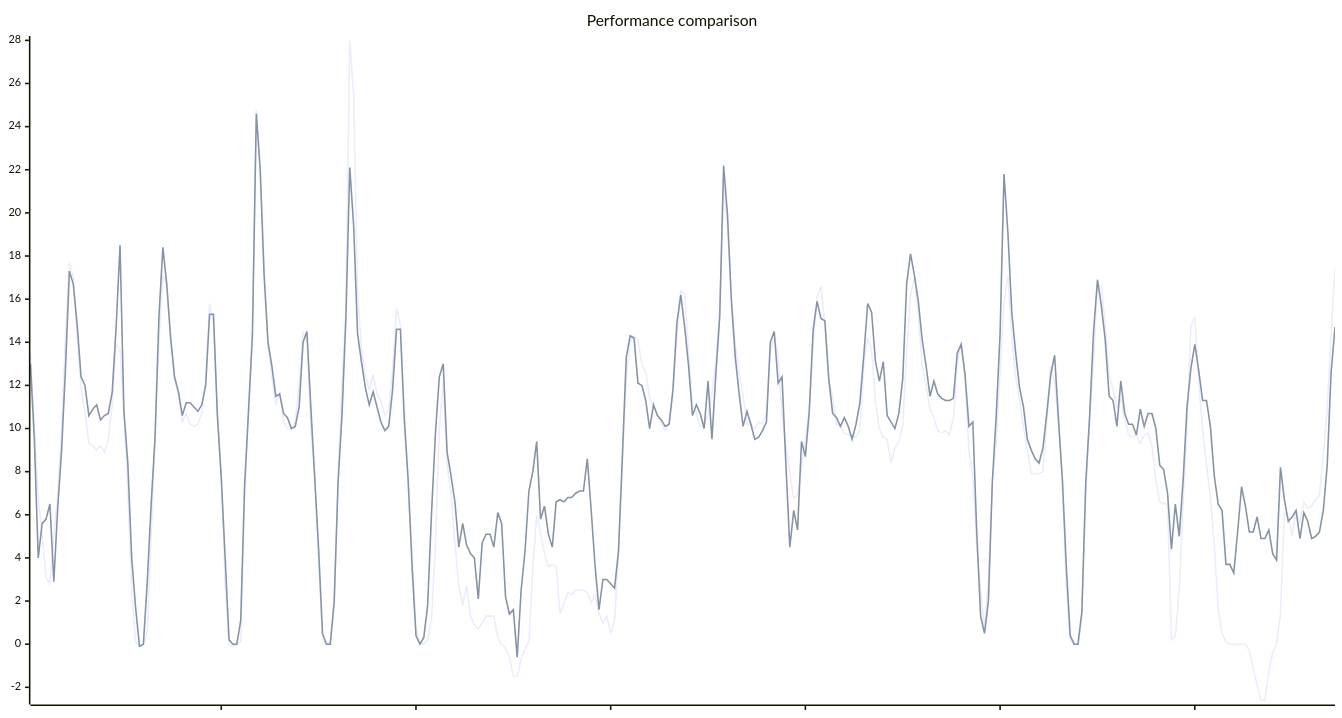
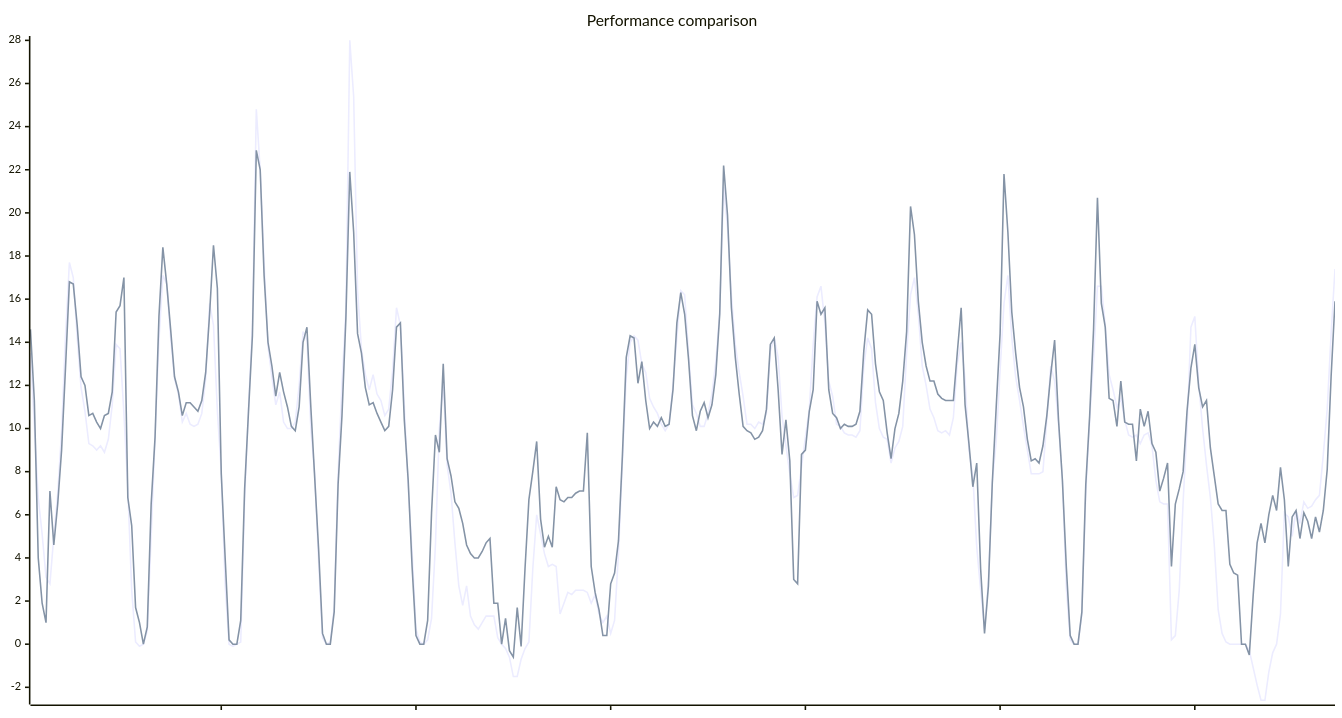
Before and after one commit to hchris1/EpexPredictor: the diagram in README.md, drawn with Mermaid. The commit also changed other lines of this file and 3 other files, not shown here.

````diff
--- a/README.md
+++ b/README.md
@@ -63,15 +63,15 @@
 ```mermaid
 ---
 config:
     xyChart:
         width: 1700
         height: 900
         plotReservedSpacePercent: 80
         xAxis:
             showLabel: false
 ---
 xychart-beta
     title "Performance comparison"
     line [13.5,10.1,6.8,5.1,3.1,2.8,5.0,7.0,9.9,14.3,17.7,17.0,14.2,11.9,10.8,9.3,9.2,9.0,9.2,8.9,9.5,11.1,13.9,13.7,10.7,7.2,2.5,0.1,-0.1,-0.0,0.6,5.0,9.6,14.1,17.1,16.7,14.2,12.3,11.6,10.3,10.7,10.2,10.1,10.2,10.7,12.3,15.8,14.8,10.8,8.0,2.7,-0.0,-0.1,-0.0,0.1,6.7,11.0,14.8,24.8,22.0,17.7,13.8,12.4,11.1,11.7,10.3,10.0,10.0,10.3,12.0,14.5,14.1,10.0,7.9,3.8,0.3,0.0,0.1,1.7,7.9,12.1,15.5,28.0,25.4,16.4,13.7,12.5,11.8,12.5,11.6,11.3,10.6,10.9,12.7,15.6,14.8,11.1,7.3,4.3,0.7,0.1,0.0,0.2,1.2,4.6,10.0,12.1,8.3,7.0,4.7,2.7,1.8,2.7,1.3,0.9,0.7,1.0,1.3,1.3,1.3,0.3,0.0,-0.2,-0.6,-1.5,-1.5,-0.7,-0.2,0.1,3.5,6.0,5.1,4.2,3.6,3.7,3.6,1.4,1.9,2.4,2.3,2.5,2.5,2.5,2.4,1.9,2.3,1.4,1.0,1.3,0.5,1.1,4.2,8.4,12.4,14.0,14.3,14.1,13.0,12.6,11.4,11.0,10.7,10.2,9.9,10.2,12.0,14.2,16.4,16.2,13.5,11.1,10.7,10.1,10.1,10.7,11.6,13.1,15.4,21.2,19.3,16.2,13.9,12.6,11.5,10.2,10.2,10.0,10.3,10.2,10.7,13.6,14.2,13.3,10.6,9.2,7.9,6.8,6.9,8.2,9.6,10.9,13.9,16.1,16.6,14.9,12.2,11.5,10.2,10.1,9.8,9.7,9.7,9.6,9.9,12.9,14.2,13.7,11.2,10.0,9.6,9.5,8.4,9.1,9.4,10.1,13.5,16.2,17.0,15.3,12.9,12.0,10.9,10.5,9.9,9.8,9.9,9.7,10.5,13.0,14.0,12.3,9.0,7.8,4.5,2.5,0.7,3.0,7.5,9.4,12.7,15.8,17.1,14.2,12.4,11.3,10.1,9.0,7.9,7.9,7.9,8.0,10.4,12.9,12.2,10.2,7.6,2.6,0.2,-0.0,-0.0,1.4,7.0,10.4,13.2,16.6,16.6,14.8,12.5,11.8,11.0,11.4,10.4,9.7,9.6,9.7,9.3,9.7,9.8,9.2,7.6,6.6,6.5,6.5,0.2,0.4,2.5,6.6,10.0,14.7,15.2,12.1,10.0,8.3,6.8,4.6,1.6,0.5,0.1,0.0,0.0,0.0,-0.0,-0.0,-0.3,-1.1,-1.9,-2.6,-2.6,-1.3,-0.4,-0.0,1.4,6.1,5.9,5.0,6.2,5.6,6.6,6.3,6.4,6.7,6.9,8.8,10.9,14.4,17.4]
-    line [13.0,9.5,4.0,5.6,5.8,6.5,2.9,6.3,9.0,12.8,17.3,16.7,14.8,12.4,12.0,10.6,10.9,11.1,10.4,10.6,10.7,11.7,14.7,18.5,10.8,8.4,4.0,1.7,-0.1,0.0,2.9,6.5,9.6,15.2,18.4,16.7,14.2,12.4,11.7,10.6,11.2,11.2,11.0,10.8,11.1,12.0,15.3,15.3,10.6,7.7,4.0,0.2,-0.0,0.0,1.1,7.4,10.8,14.3,24.6,22.0,17.1,14.0,12.9,11.5,11.6,10.7,10.5,10.0,10.1,11.0,14.0,14.5,11.0,7.7,4.4,0.5,0.0,0.0,2.0,7.5,10.6,15.1,22.1,19.4,14.4,13.1,11.9,11.1,11.7,11.0,10.3,9.9,10.1,11.8,14.6,14.6,10.4,7.6,3.6,0.4,0.0,0.3,1.8,6.1,9.8,12.4,13.0,8.9,7.8,6.6,4.5,5.6,4.6,4.2,4.0,2.1,4.7,5.1,5.1,4.5,6.1,5.6,2.2,1.4,1.6,-0.6,2.5,4.3,7.1,8.0,9.4,5.8,6.4,5.1,4.5,6.6,6.7,6.6,6.8,6.8,7.0,7.1,7.1,8.6,6.2,3.6,1.6,3.0,3.0,2.8,2.6,4.3,8.7,13.3,14.3,14.2,12.1,12.0,11.3,10.0,11.1,10.6,10.4,10.1,10.2,11.8,14.9,16.2,14.7,12.9,10.6,11.1,10.7,10.0,12.2,9.5,12.5,15.2,22.2,19.9,15.9,13.3,11.6,10.1,10.8,10.2,9.5,9.6,9.9,10.3,14.0,14.5,12.1,12.4,8.3,4.5,6.2,5.3,9.4,8.7,10.8,14.6,15.9,15.1,15.0,12.3,10.7,10.5,10.1,10.5,10.1,9.5,10.2,11.2,13.4,15.8,15.4,13.1,12.2,13.1,10.6,10.3,10.0,10.7,12.3,16.7,18.1,17.1,15.9,14.1,12.9,11.5,12.2,11.6,11.4,11.3,11.3,11.4,13.5,13.9,12.5,10.1,10.3,5.2,1.3,0.5,2.0,7.5,10.6,14.4,21.8,19.1,15.4,13.5,11.9,11.0,9.5,9.0,8.6,8.4,9.1,10.7,12.5,13.4,10.4,7.6,3.6,0.4,0.0,0.0,1.5,7.5,10.6,14.5,16.9,15.7,14.1,11.5,11.3,10.1,12.2,10.7,10.2,10.2,9.7,10.9,10.1,10.7,10.7,10.0,8.3,8.1,7.0,4.4,6.5,5.0,7.6,11.0,12.8,13.9,12.7,11.3,11.3,10.1,7.8,6.5,6.2,3.7,3.7,3.3,5.2,7.3,6.4,5.2,5.2,5.9,4.9,4.9,5.3,4.2,3.9,8.2,6.7,5.7,5.9,6.2,4.9,6.1,5.7,4.9,5.0,5.2,6.2,8.3,12.6,14.7]
+    line [14.6,11.3,4.0,1.9,1.0,7.1,4.6,6.5,9.0,12.8,16.8,16.7,14.8,12.4,12.0,10.6,10.7,10.3,10.0,10.6,10.7,11.7,15.4,15.7,17.0,6.8,5.5,1.7,1.0,0.0,0.8,6.5,9.6,15.2,18.4,16.7,14.6,12.4,11.7,10.6,11.2,11.2,11.0,10.8,11.3,12.6,15.3,18.5,16.5,7.9,4.0,0.2,-0.0,0.0,1.1,7.2,10.8,14.3,22.9,22.0,17.1,14.0,12.9,11.5,12.6,11.7,11.0,10.1,9.9,11.0,14.0,14.7,11.0,7.7,4.4,0.5,0.0,0.0,1.5,7.4,10.6,15.1,21.9,19.1,14.4,13.5,11.9,11.1,11.2,10.7,10.3,9.9,10.1,11.8,14.7,14.9,10.4,7.6,3.6,0.4,0.0,0.0,1.1,6.1,9.7,8.9,13.0,8.6,7.8,6.6,6.3,5.6,4.6,4.2,4.0,4.0,4.3,4.7,4.9,1.9,1.9,0.0,1.2,-0.3,-0.6,1.7,-0.1,3.5,6.7,8.0,9.4,5.8,4.5,5.0,4.5,7.3,6.7,6.6,6.8,6.8,7.0,7.1,7.1,9.8,3.6,2.4,1.6,0.4,0.4,2.8,3.3,4.8,8.7,13.3,14.3,14.2,12.1,13.1,11.3,10.0,10.3,10.1,10.5,10.1,10.2,11.8,14.9,16.3,15.3,13.2,10.6,9.9,10.8,11.2,10.5,11.1,12.5,15.3,22.2,19.9,15.6,13.3,11.6,10.1,9.9,9.8,9.5,9.6,9.9,10.9,13.9,14.2,11.8,8.8,10.4,8.5,3.0,2.8,8.8,9.0,10.8,11.8,15.9,15.3,15.6,11.8,10.7,10.5,10.0,10.2,10.1,10.1,10.2,10.8,13.6,15.5,15.3,13.0,11.7,11.3,9.8,8.6,10.0,10.7,12.2,14.5,20.3,19.0,15.9,14.0,12.9,12.2,12.2,11.6,11.4,11.3,11.3,11.3,13.5,15.6,11.1,9.3,7.3,8.4,3.5,0.5,2.7,7.5,11.0,14.4,21.8,19.1,15.4,13.5,11.9,11.0,9.5,8.5,8.6,8.4,9.2,10.6,12.5,14.1,10.4,7.6,3.6,0.4,0.0,0.0,1.5,7.4,10.6,14.6,20.7,15.8,14.7,11.4,11.3,10.1,12.2,10.3,10.2,10.2,8.5,10.9,10.1,10.8,9.3,8.9,7.1,7.7,8.4,3.6,6.5,7.2,8.0,10.8,12.8,13.9,11.9,11.0,11.3,9.1,7.8,6.5,6.2,6.2,3.7,3.3,3.2,-0.0,-0.0,-0.5,2.3,4.7,5.6,4.7,6.0,6.9,6.2,8.2,6.7,3.6,5.9,6.2,4.9,6.1,5.7,4.9,5.9,5.2,6.2,8.1,12.4,15.9]
 ```
````
